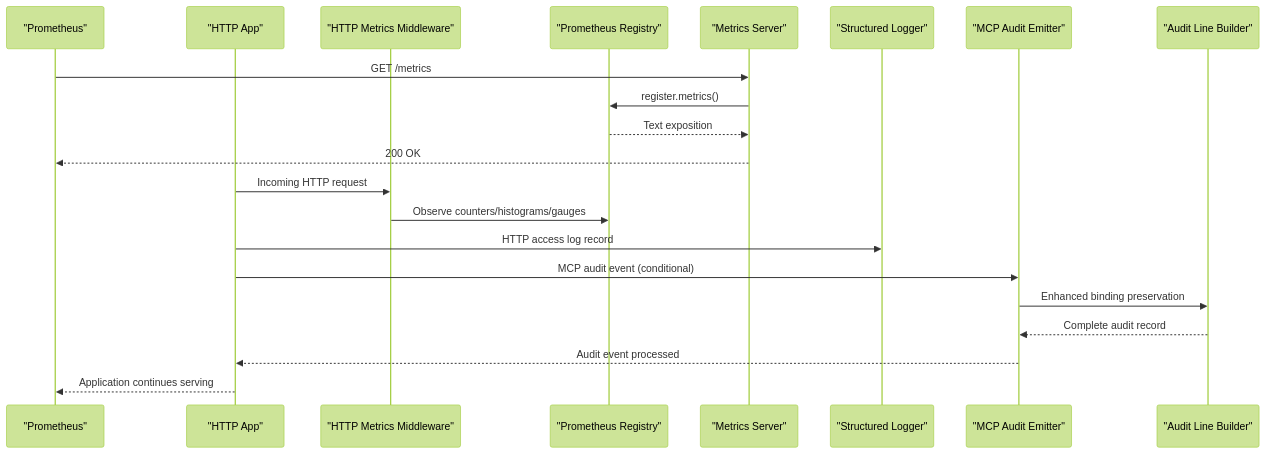
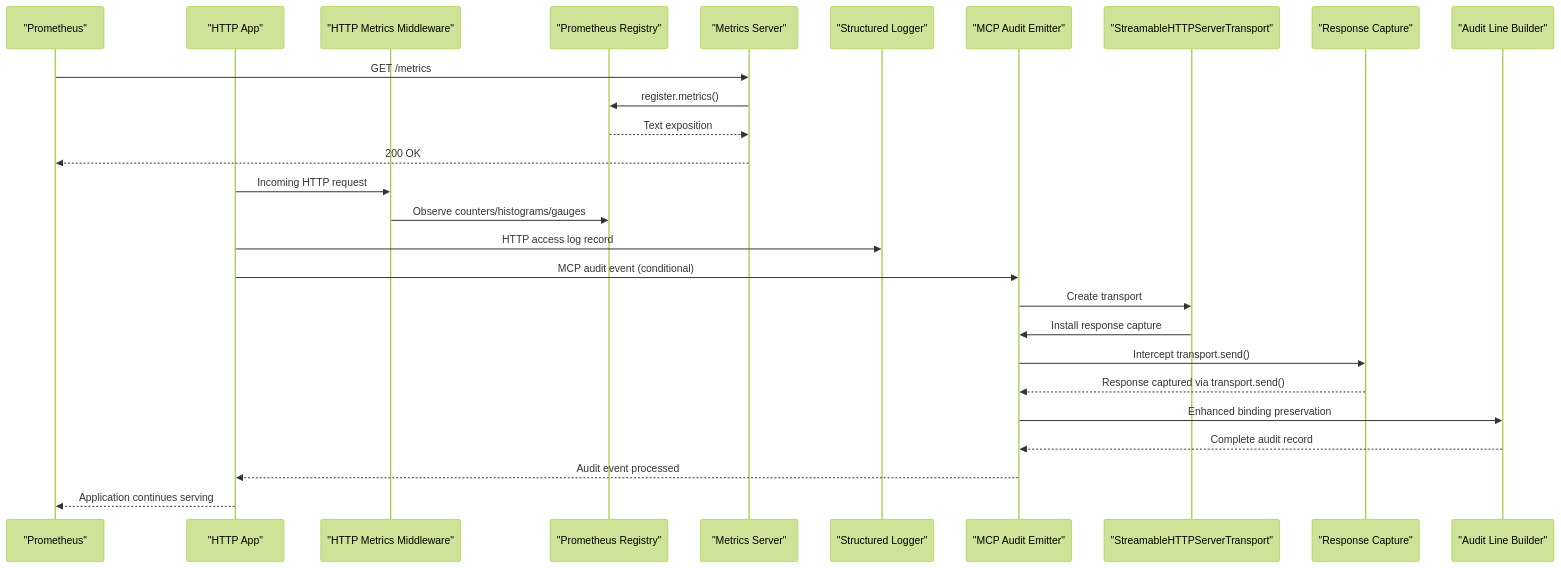
The second of 7 diagrams in .qoder/repowiki/en/content/Monitoring & Observability.md (debian777/kairos-mcp), drawn with Mermaid (forest theme) before and after one commit. The commit also changed other lines of this file and 24 other files, not shown here.

First line of the commit message:
fix(audit): capture response at transport.send() level

````diff
--- a/.qoder/repowiki/en/content/Monitoring & Observability.md
+++ b/.qoder/repowiki/en/content/Monitoring & Observability.md
@@ -167,23 +176,29 @@
 ```mermaid
 sequenceDiagram
 participant Prom as "Prometheus"
 participant App as "HTTP App"
 participant MW as "HTTP Metrics Middleware"
 participant Reg as "Prometheus Registry"
 participant Met as "Metrics Server"
 participant Log as "Structured Logger"
 participant Audit as "MCP Audit Emitter"
+participant Transport as "StreamableHTTPServerTransport"
+participant Resp as "Response Capture"
 participant Builder as "Audit Line Builder"
 Prom->>Met : GET /metrics
 Met->>Reg : register.metrics()
 Reg-->>Met : Text exposition
 Met-->>Prom : 200 OK
 App->>MW : Incoming HTTP request
 MW->>Reg : Observe counters/histograms/gauges
 App->>Log : HTTP access log record
 App->>Audit : MCP audit event (conditional)
+Audit->>Transport : Create transport
+Transport->>Audit : Install response capture
+Audit->>Resp : Intercept transport.send()
+Resp-->>Audit : Response captured via transport.send()
 Audit->>Builder : Enhanced binding preservation
 Builder-->>Audit : Complete audit record
 Audit-->>App : Audit event processed
 App-->>Prom : Application continues serving
 ```
````
